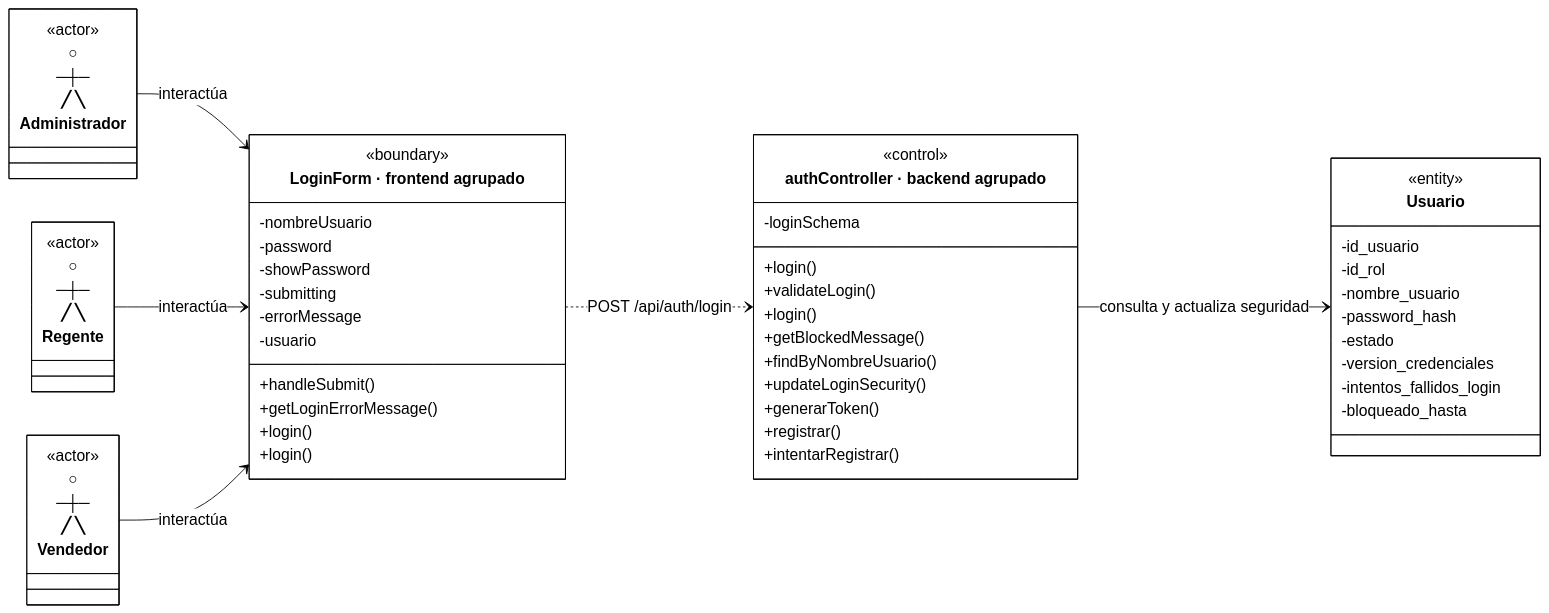
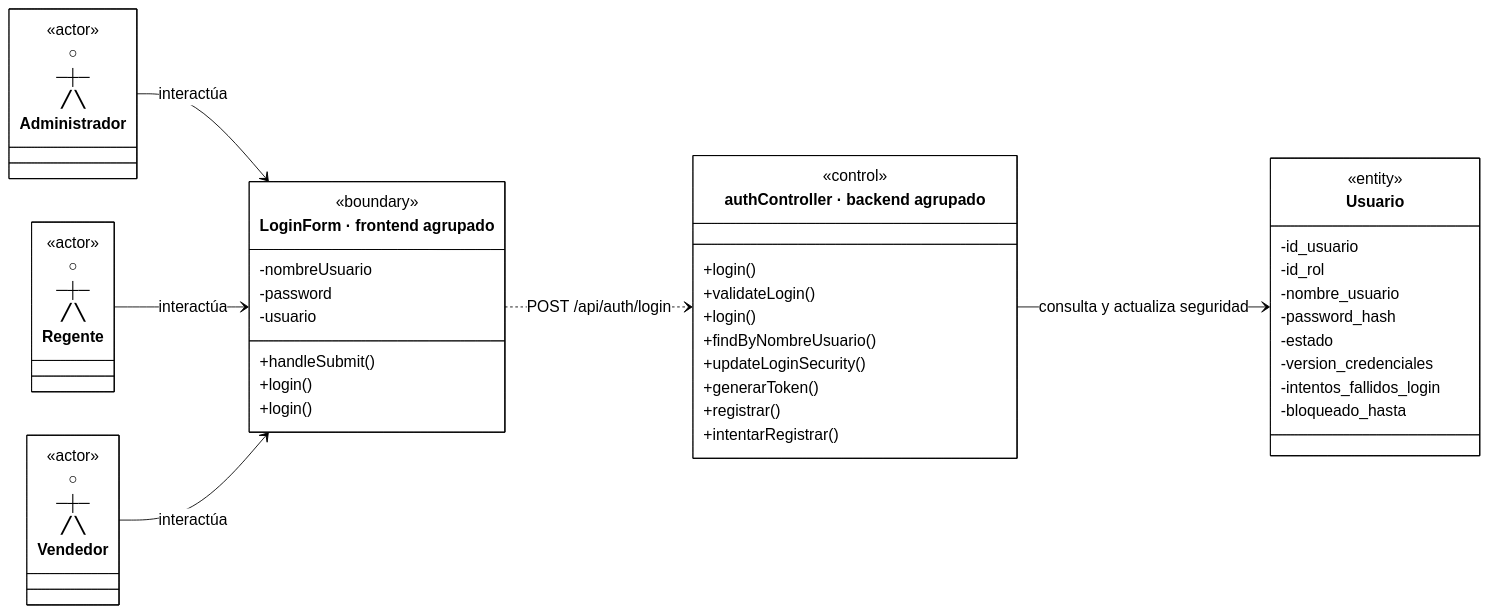
One commit to CreepyBowDev/cadefar-inventory-system changed the first of 35 diagrams in docs/ai/analisis-clases-academico-simplificado.md. Above: the diagram before and after it, drawn with Mermaid. The commit also changed other lines of this file, not shown here.

````diff
--- a/docs/ai/analisis-clases-academico-simplificado.md
+++ b/docs/ai/analisis-clases-academico-simplificado.md
@@ -52,61 +50,55 @@
 ```mermaid
-%%{init: {"theme":"base","htmlLabels":true,"markdownAutoWrap":false,"class":{"useMaxWidth":false},"themeCSS":".node.actor .label-container path{stroke:none!important;fill:none!important;} .node.actor .divider{display:none;} .nodeLabel{color:#000000!important;} .node .label div{display:table-cell!important;white-space:nowrap!important;max-width:none!important;} .control .methods-group .label:nth-child(1) p::after{content:\" [controller]\";} .control .methods-group .label:nth-child(3) p::after{content:\" [service]\";} .control .methods-group .label:nth-child(8) p::after{content:\" [auditoria]\";} .control .methods-group .label:nth-child(9) p::after{content:\" [auditoria]\";}","themeVariables":{"background":"#ffffff","primaryColor":"#ffffff","primaryTextColor":"#000000","primaryBorderColor":"#000000","secondaryColor":"#ffffff","tertiaryColor":"#ffffff","lineColor":"#000000","textColor":"#000000","fontFamily":"Arial","fontSize":"18px"}}}%%
+%%{init: {"theme":"base","htmlLabels":true,"markdownAutoWrap":false,"class":{"useMaxWidth":false},"themeCSS":".node.actor .label-container path{stroke:none!important;fill:none!important;} .node.actor .divider{display:none;} .nodeLabel{color:#000000!important;} .node .label div{display:table-cell!important;white-space:nowrap!important;max-width:none!important;} .control .methods-group .label:nth-child(1) p::after{content:\" [controller]\";}.control .methods-group .label:nth-child(3) p::after{content:\" [service]\";}.control .methods-group .label:nth-child(7) p::after{content:\" [auditoria]\";}.control .methods-group .label:nth-child(8) p::after{content:\" [auditoria]\";}","themeVariables":{"background":"#ffffff","primaryColor":"#ffffff","primaryTextColor":"#000000","primaryBorderColor":"#000000","secondaryColor":"#ffffff","tertiaryColor":"#ffffff","lineColor":"#000000","textColor":"#000000","fontFamily":"Arial","fontSize":"18px"}}}%%
 %%{init: {"state":{"useMaxWidth":false}}}%%
 classDiagram
     direction LR
     class Administrador["○<br/>─┼─<br/>╱ ╲<br/>Administrador"]
     class Regente["○<br/>─┼─<br/>╱ ╲<br/>Regente"]
     class Vendedor["○<br/>─┼─<br/>╱ ╲<br/>Vendedor"]
     class Administrador { <<actor>> }
     class Regente { <<actor>> }
     class Vendedor { <<actor>> }
     class Boundary["LoginForm · frontend agrupado"] {
         <<boundary>>
         -nombreUsuario
         -password
-        -showPassword
-        -submitting
-        -errorMessage
         -usuario
         +handleSubmit()
-        +getLoginErrorMessage()
         +login()
         +login()
     }
     class Control["authController · backend agrupado"] {
         <<control>>
-        -loginSchema
         %% login() [controller]
         +login()
         +validateLogin()
         %% login() [service]
         +login()
-        +getBlockedMessage()
         +findByNombreUsuario()
         +updateLoginSecurity()
         +generarToken()
         %% registrar() [auditoria]
         +registrar()
         %% intentarRegistrar() [auditoria]
         +intentarRegistrar()
     }
     class Usuario {
         <<entity>>
         -id_usuario
         -id_rol
         -nombre_usuario
         -password_hash
         -estado
         -version_credenciales
         -intentos_fallidos_login
         -bloqueado_hasta
     }
     Administrador --> Boundary : interactúa
     Regente --> Boundary : interactúa
     Vendedor --> Boundary : interactúa
     Boundary ..> Control : POST /api/auth/login
     Control --> Usuario : consulta y actualiza seguridad
     cssClass "Control" control
     classDef actor fill:#ffffff,stroke-width:0px,color:#000000
     cssClass "Administrador,Regente,Vendedor" actor
 ```
````
